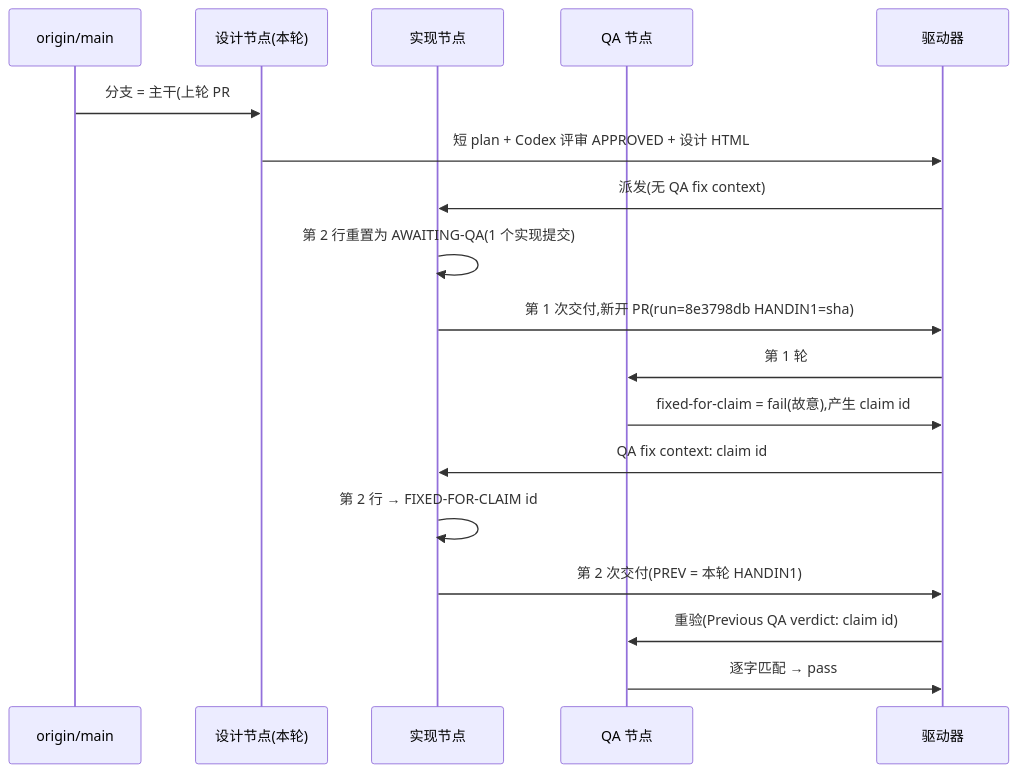
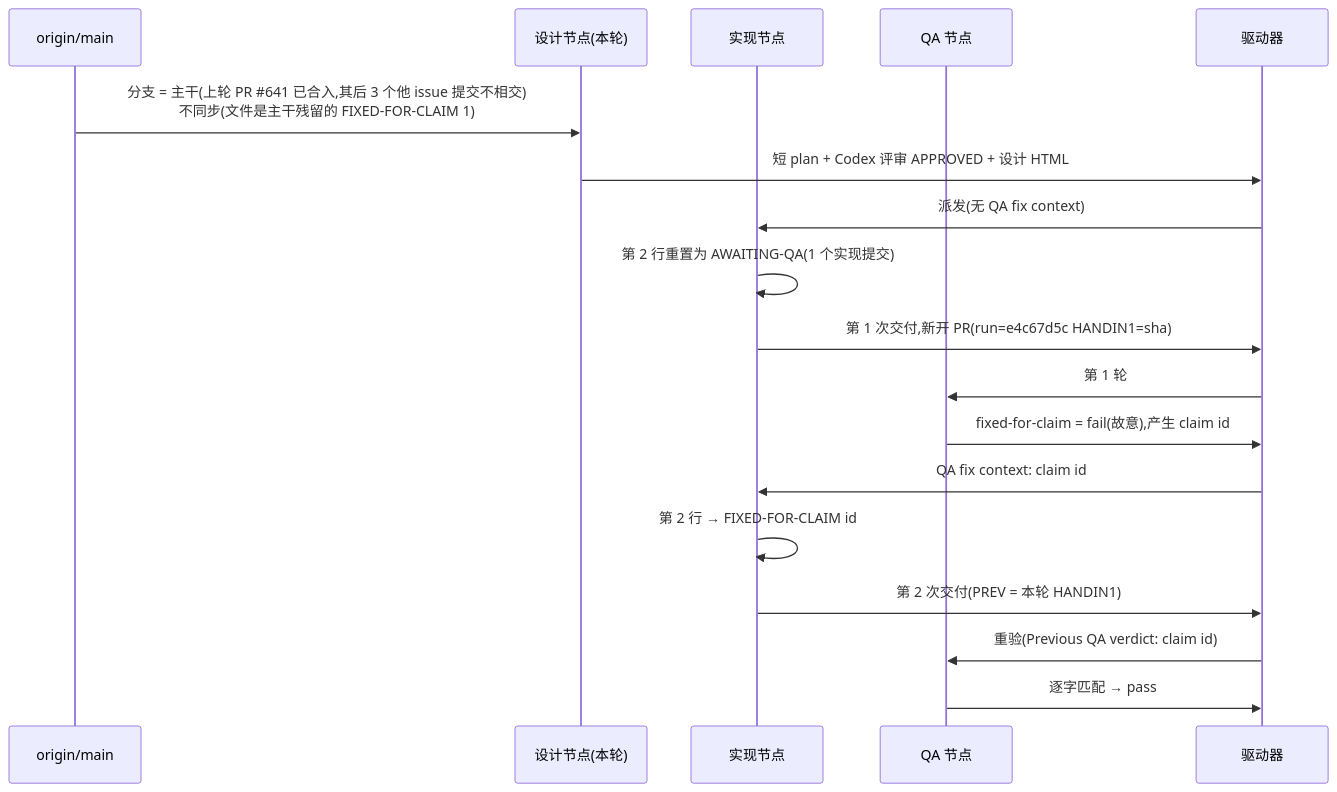
The diagram in engineering/doc/FLY-3150-real-runner-drill/d1-core-flow.mmd (xrliAnnie/flywheel-qa-sandbox), drawn with Mermaid before and after one commit. The commit also changed 4 other files, not shown here.

```diff
--- a/engineering/doc/FLY-3150-real-runner-drill/d1-core-flow.mmd
+++ b/engineering/doc/FLY-3150-real-runner-drill/d1-core-flow.mmd
@@ -1,18 +1,18 @@
 sequenceDiagram
     participant M as origin/main
     participant S as 设计节点(本轮)
     participant I as 实现节点
     participant Q as QA 节点
     participant D as 驱动器
-    M->>S: 分支 = 主干(上轮 PR #633 已合入、无新提交),不同步(文件是主干残留的 FIXED-FOR-CLAIM 1)
+    M->>S: 分支 = 主干(上轮 PR #35;641 已合入,其后 3 个他 issue 提交不相交)<br/>不同步(文件是主干残留的 FIXED-FOR-CLAIM 1)
     S->>D: 短 plan + Codex 评审 APPROVED + 设计 HTML
     D->>I: 派发(无 QA fix context)
     I->>I: 第 2 行重置为 AWAITING-QA(1 个实现提交)
-    I->>D: 第 1 次交付,新开 PR(run=8e3798db HANDIN1=sha)
+    I->>D: 第 1 次交付,新开 PR(run=e4c67d5c HANDIN1=sha)
     D->>Q: 第 1 轮
     Q->>D: fixed-for-claim = fail(故意),产生 claim id
     D->>I: QA fix context: claim id
     I->>I: 第 2 行 → FIXED-FOR-CLAIM id
     I->>D: 第 2 次交付(PREV = 本轮 HANDIN1)
     D->>Q: 重验(Previous QA verdict: claim id)
     Q->>D: 逐字匹配 → pass
```
